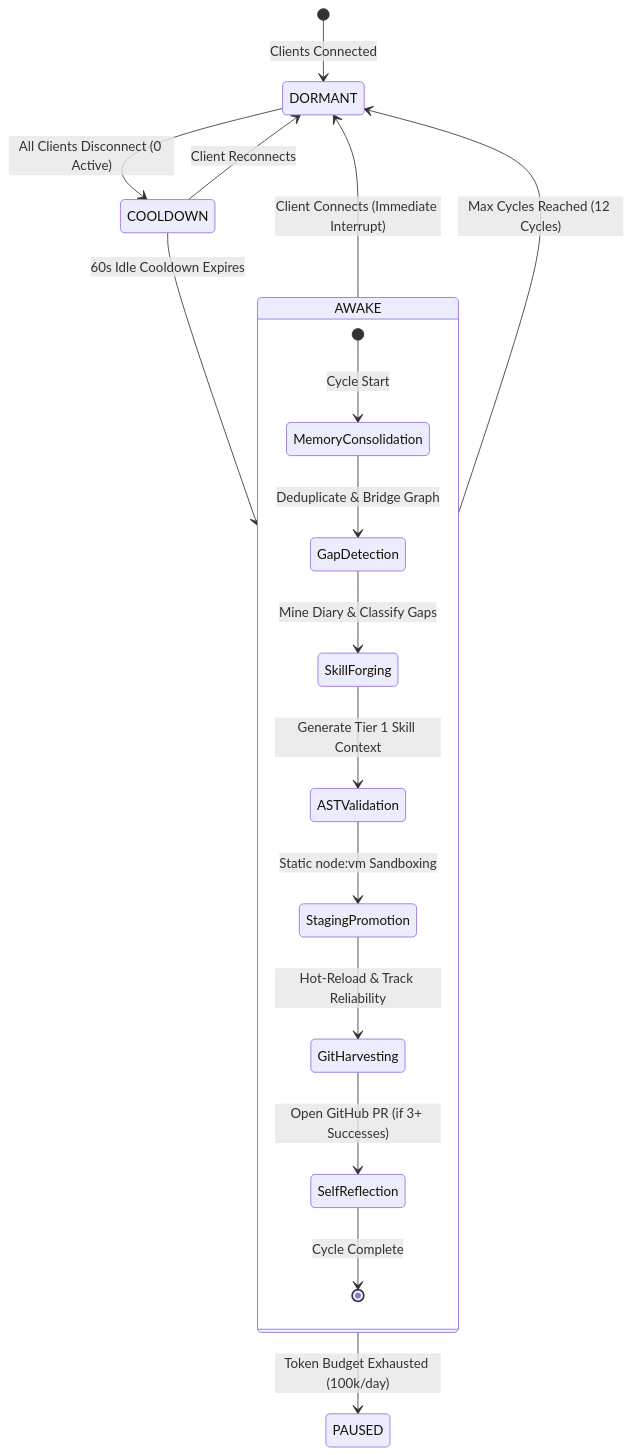
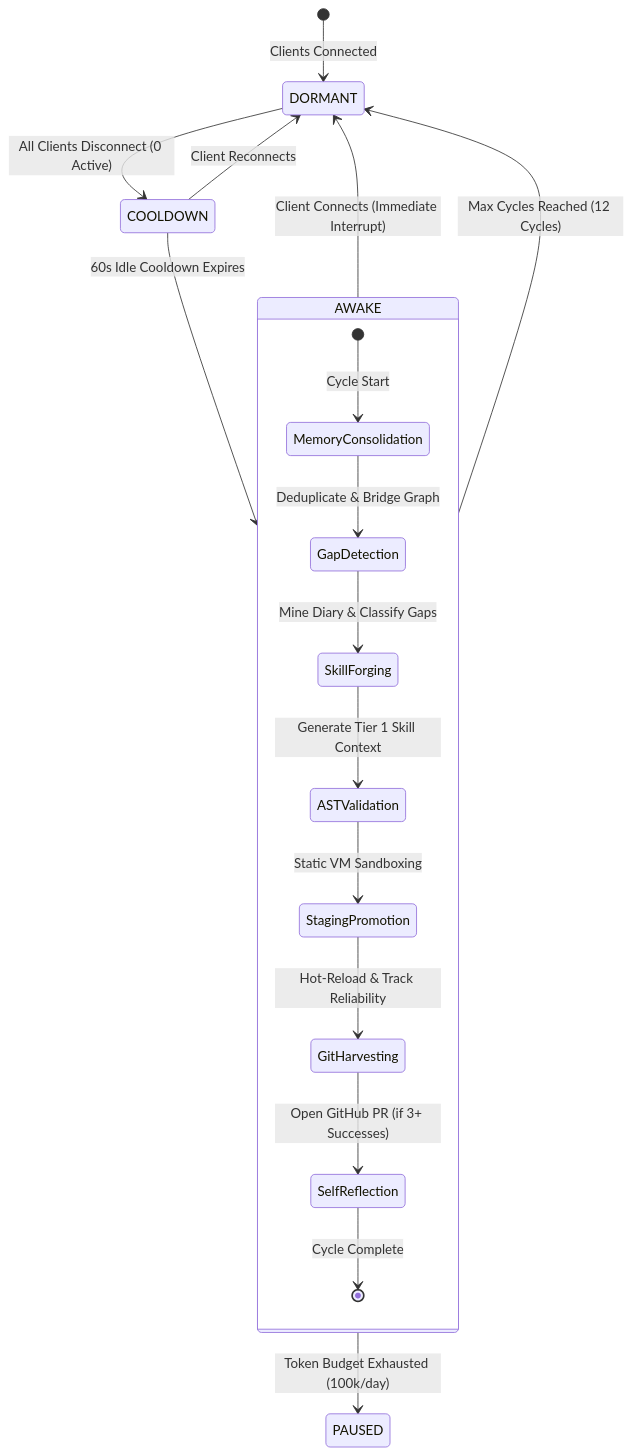
Before and after one commit to Ayushkumar0602/Project-Summer-Personal-AI-OS: the fifth of 6 diagrams in README.md, drawn with Mermaid. The commit also changed other lines of this file and 2 other files, not shown here.

Commit message:
fix(docs): resolve Mermaid diagram syntax errors across README and docs

````diff
--- a/README.md
+++ b/README.md
@@ -289,22 +289,22 @@
 ```mermaid
 stateDiagram-v2
     [*] --> DORMANT: Clients Connected
     DORMANT --> COOLDOWN: All Clients Disconnect (0 Active)
     COOLDOWN --> AWAKE: 60s Idle Cooldown Expires
     COOLDOWN --> DORMANT: Client Reconnects
 
     state AWAKE {
         [*] --> MemoryConsolidation: Cycle Start
         MemoryConsolidation --> GapDetection: Deduplicate & Bridge Graph
         GapDetection --> SkillForging: Mine Diary & Classify Gaps
         SkillForging --> ASTValidation: Generate Tier 1 Skill Context
-        ASTValidation --> StagingPromotion: Static node:vm Sandboxing
+        ASTValidation --> StagingPromotion: Static VM Sandboxing
         StagingPromotion --> GitHarvesting: Hot-Reload & Track Reliability
         GitHarvesting --> SelfReflection: Open GitHub PR (if 3+ Successes)
         SelfReflection --> [*]: Cycle Complete
     }
 
     AWAKE --> DORMANT: Client Connects (Immediate Interrupt)
     AWAKE --> PAUSED: Token Budget Exhausted (100k/day)
     AWAKE --> DORMANT: Max Cycles Reached (12 Cycles)
 ```
````
